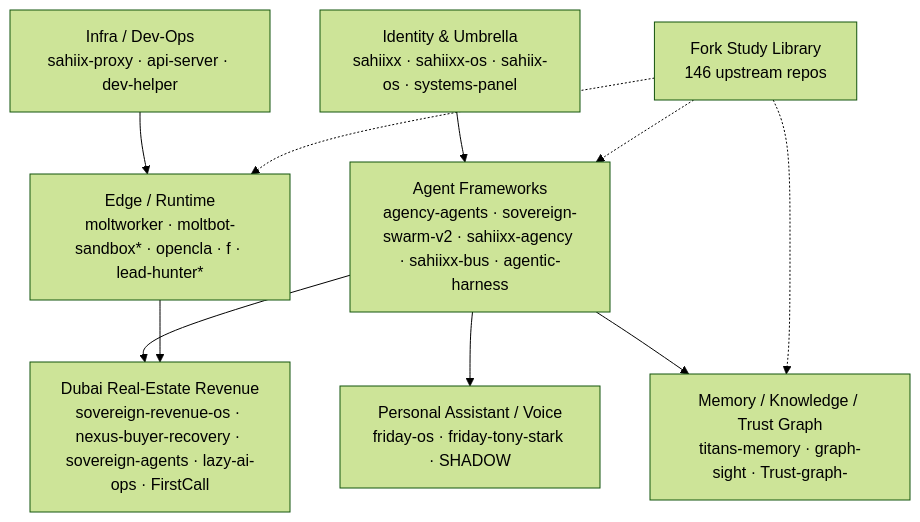
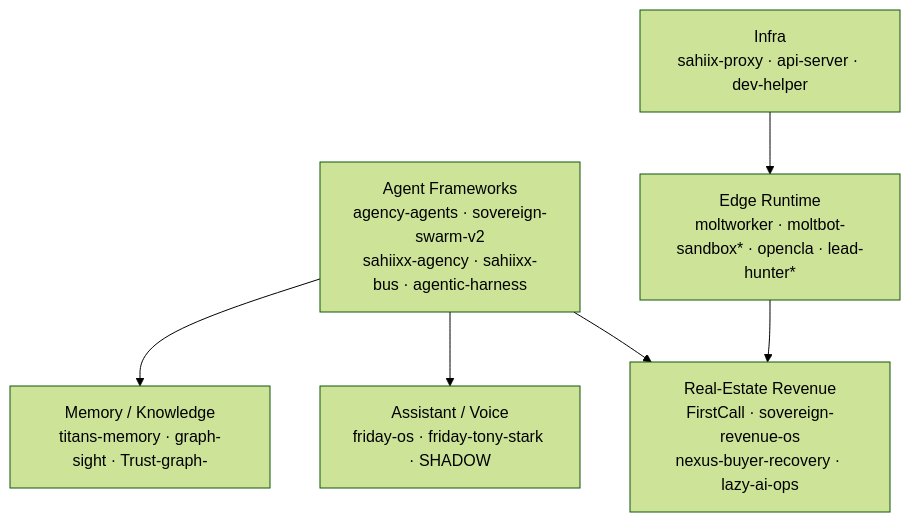
One commit to sahiixx/sahiixx changed the diagram in README.md. Above: the diagram before and after it, drawn with Mermaid (forest theme). The commit also changed other lines of this file, not shown here.

````diff
--- a/README.md
+++ b/README.md
@@ -22,21 +28,15 @@
 ```mermaid
 flowchart TD
-    ID[Identity & Umbrella<br/>sahiixx · sahiixx-os · sahiix-os · systems-panel]
-    EDGE[Edge / Runtime<br/>moltworker · moltbot-sandbox* · opencla · f · lead-hunter*]
-    AG[Agent Frameworks<br/>agency-agents · sovereign-swarm-v2 · sahiixx-agency · sahiixx-bus · agentic-harness]
-    RE[Dubai Real-Estate Revenue<br/>sovereign-revenue-os · nexus-buyer-recovery · sovereign-agents · lazy-ai-ops · FirstCall]
-    PA[Personal Assistant / Voice<br/>friday-os · friday-tony-stark · SHADOW]
-    MEM[Memory / Knowledge / Trust Graph<br/>titans-memory · graph-sight · Trust-graph-]
-    INF[Infra / Dev-Ops<br/>sahiix-proxy · api-server · dev-helper]
-    FORK[Fork Study Library<br/>146 upstream repos]
+    AG[Agent Frameworks<br/>agency-agents · sovereign-swarm-v2<br/>sahiixx-agency · sahiixx-bus · agentic-harness]
+    RE[Real-Estate Revenue<br/>FirstCall · sovereign-revenue-os<br/>nexus-buyer-recovery · lazy-ai-ops]
+    PA[Assistant / Voice<br/>friday-os · friday-tony-stark · SHADOW]
+    MEM[Memory / Knowledge<br/>titans-memory · graph-sight · Trust-graph-]
+    EDGE[Edge Runtime<br/>moltworker · moltbot-sandbox* · opencla · lead-hunter*]
+    INF[Infra<br/>sahiix-proxy · api-server · dev-helper]
 
-    ID --> AG
     AG --> RE
-    EDGE --> RE
     AG --> PA
     AG --> MEM
+    EDGE --> RE
     INF --> EDGE
-    FORK -.-> AG
-    FORK -.-> EDGE
-    FORK -.-> MEM
 ```
````
